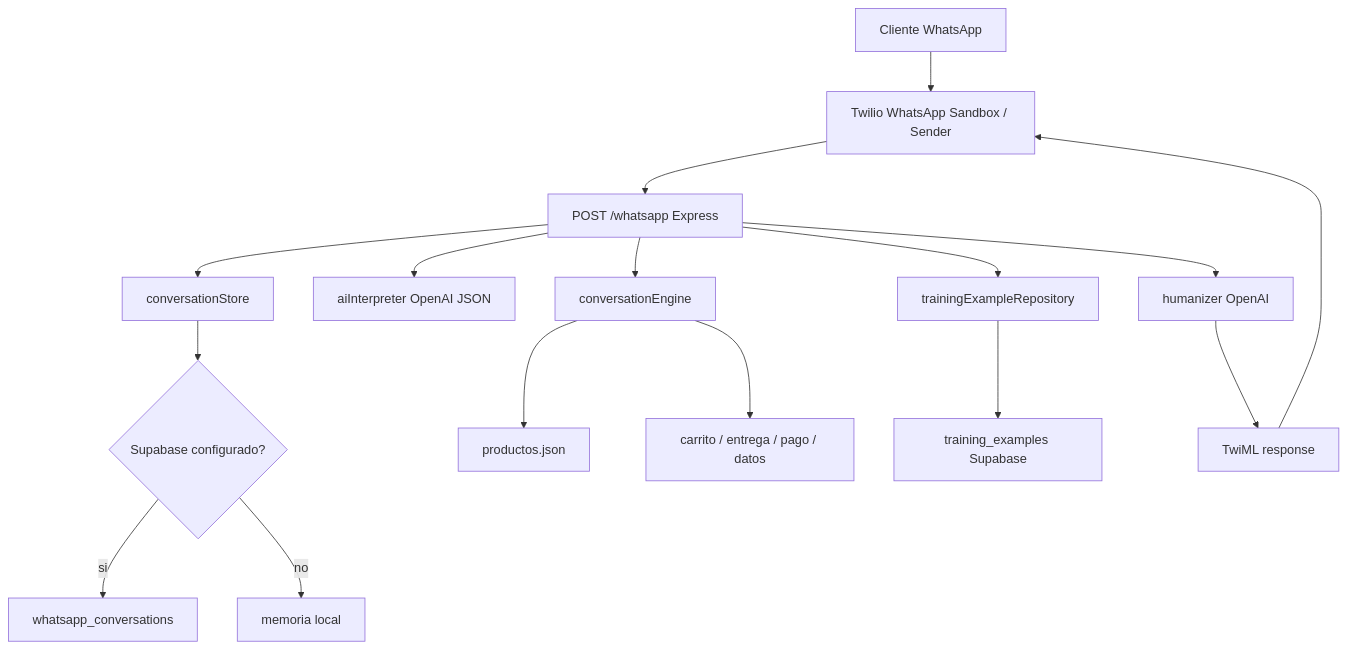
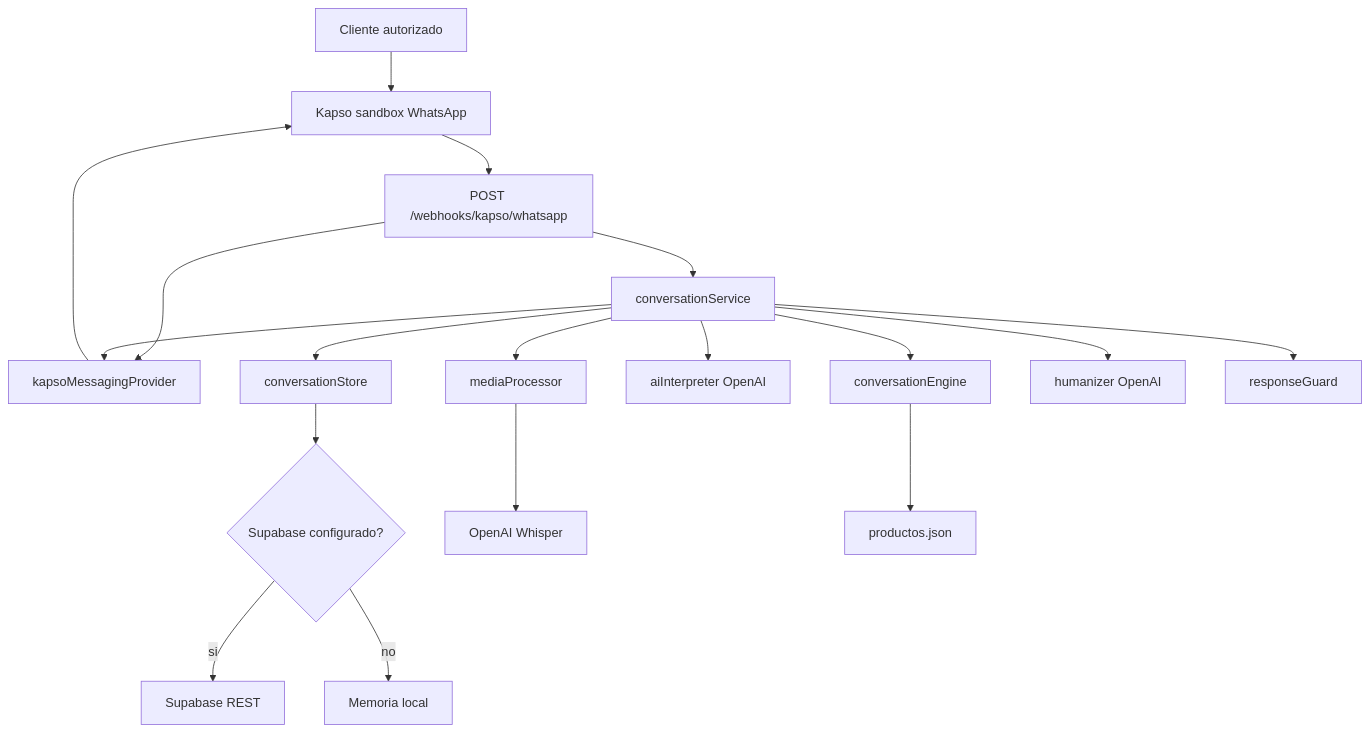
One commit to FGomezOspina/whatssappAI changed the diagram in docs/project-context.md. Above: the diagram before and after it, drawn with Mermaid. The commit also changed other lines of this file and 216 other files, not shown here.

````diff
--- a/docs/project-context.md
+++ b/docs/project-context.md
@@ -17,18 +19,20 @@
 ```mermaid
 flowchart TD
-  A["Cliente WhatsApp"] --> B["Twilio WhatsApp Sandbox / Sender"]
-  B --> C["POST /whatsapp Express"]
-  C --> D["conversationStore"]
-  D --> E{"Supabase configurado?"}
-  E -->|si| F["whatsapp_conversations"]
-  E -->|no| G["memoria local"]
-  C --> H["aiInterpreter OpenAI JSON"]
-  C --> I["conversationEngine"]
-  I --> J["productos.json"]
-  I --> K["carrito / entrega / pago / datos"]
-  C --> L["trainingExampleRepository"]
-  L --> M["training_examples Supabase"]
-  C --> N["humanizer OpenAI"]
-  N --> O["TwiML response"]
-  O --> B
+  A["Cliente autorizado"] --> B["Kapso sandbox WhatsApp"]
+  B --> C["POST /webhooks/kapso/whatsapp"]
+  C --> D["kapsoMessagingProvider"]
+  C --> E["conversationService"]
+  E --> F["conversationStore"]
+  F --> G{"Supabase configurado?"}
+  G -->|si| H["Supabase REST"]
+  G -->|no| I["Memoria local"]
+  E --> J["mediaProcessor"]
+  J --> K["OpenAI Whisper"]
+  E --> L["aiInterpreter OpenAI"]
+  E --> M["conversationEngine"]
+  M --> N["productos.json"]
+  E --> O["humanizer OpenAI"]
+  E --> P["responseGuard"]
+  E --> D
+  D --> B
 ```
````
